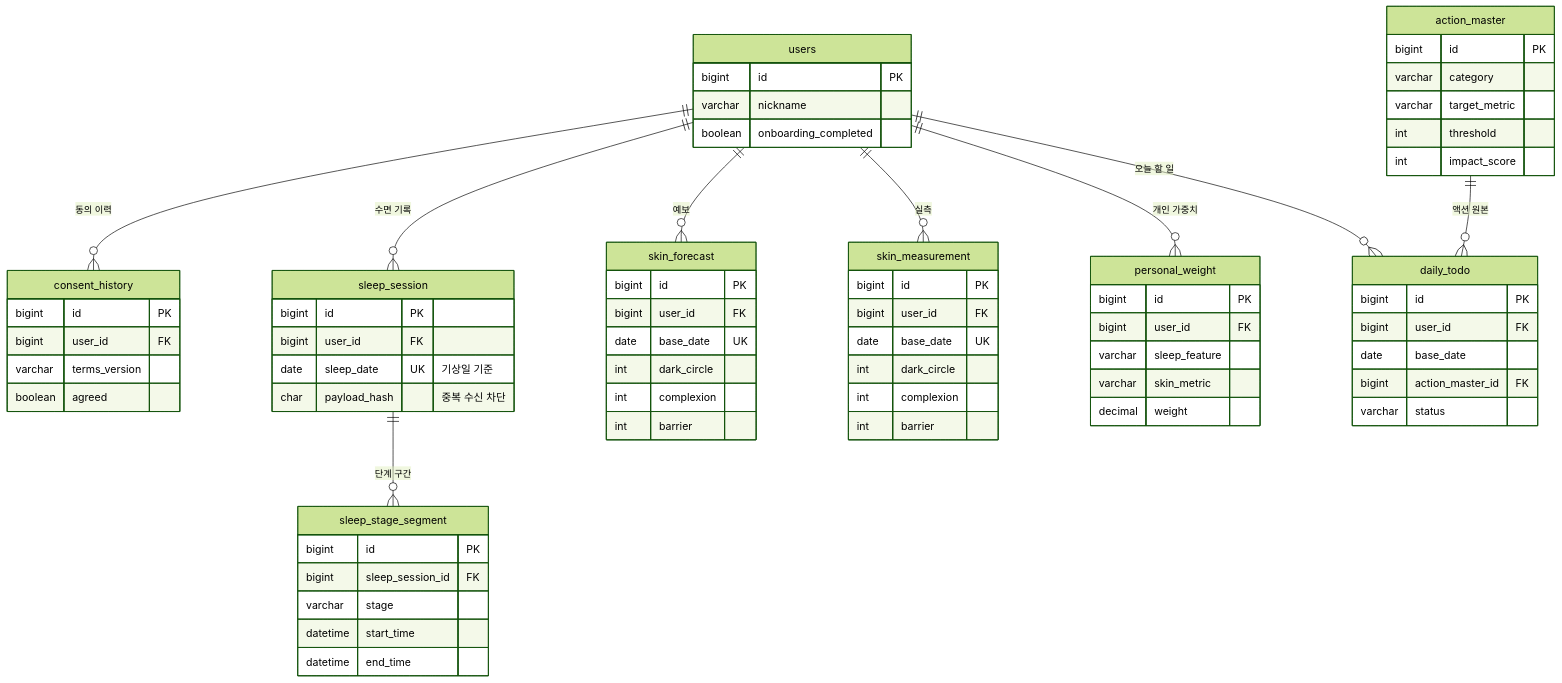
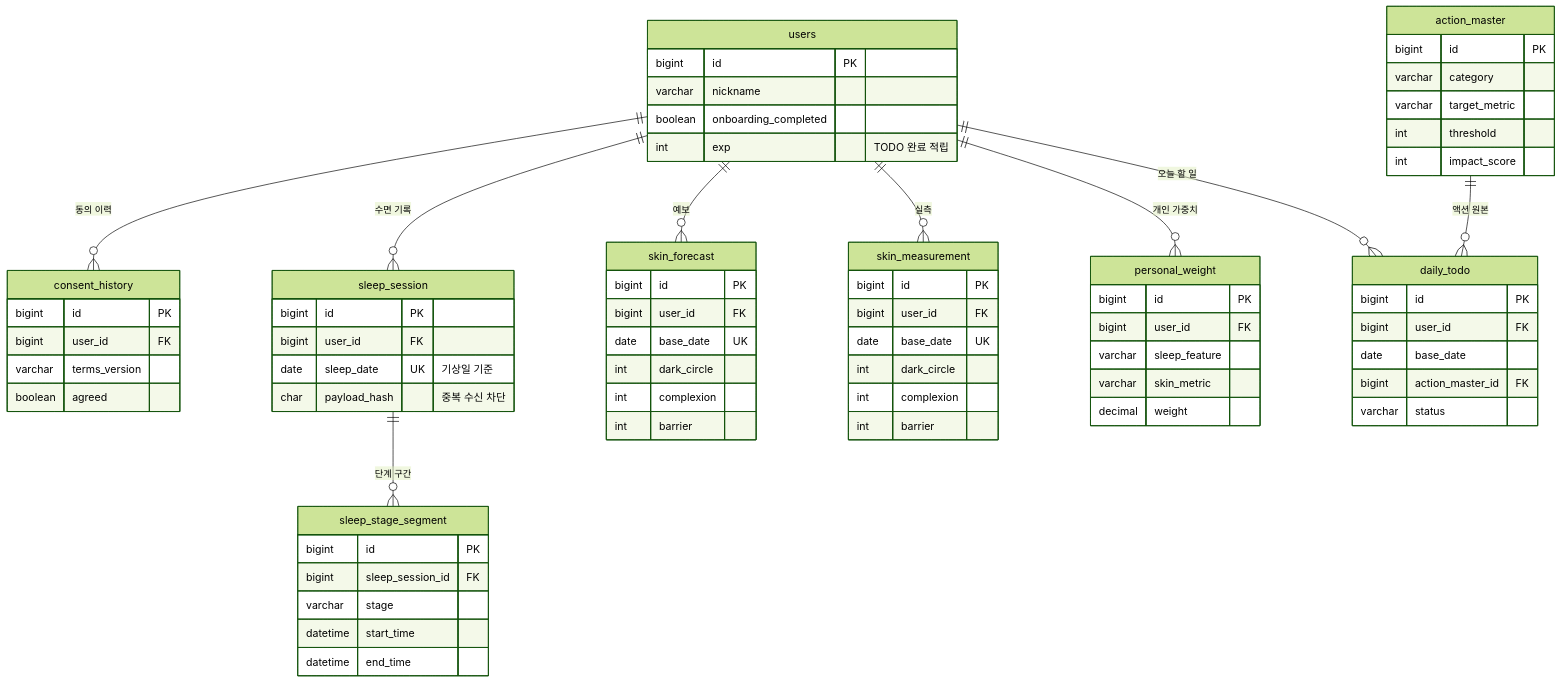
Before and after one commit to Sleep2Skin-project/Sleep2Skin_BE: the diagram in docs/erd.md, drawn with Mermaid (forest theme). The commit also changed other lines of this file and 6 other files, not shown here.

````diff
--- a/docs/erd.md
+++ b/docs/erd.md
@@ -14,73 +14,74 @@
 ```mermaid
 erDiagram
     users ||--o{ consent_history : "동의 이력"
     users ||--o{ sleep_session : "수면 기록"
     users ||--o{ skin_forecast : "예보"
     users ||--o{ skin_measurement : "실측"
     users ||--o{ personal_weight : "개인 가중치"
     users ||--o{ daily_todo : "오늘 할 일"
     sleep_session ||--o{ sleep_stage_segment : "단계 구간"
     action_master ||--o{ daily_todo : "액션 원본"
 
     users {
         bigint id PK
         varchar nickname
         boolean onboarding_completed
+        int exp "TODO 완료 적립"
     }
     consent_history {
         bigint id PK
         bigint user_id FK
         varchar terms_version
         boolean agreed
     }
     sleep_session {
         bigint id PK
         bigint user_id FK
         date sleep_date UK "기상일 기준"
         char payload_hash "중복 수신 차단"
     }
     sleep_stage_segment {
         bigint id PK
         bigint sleep_session_id FK
         varchar stage
         datetime start_time
         datetime end_time
     }
     skin_forecast {
         bigint id PK
         bigint user_id FK
         date base_date UK
         int dark_circle
         int complexion
         int barrier
     }
     skin_measurement {
         bigint id PK
         bigint user_id FK
         date base_date UK
         int dark_circle
         int complexion
         int barrier
     }
     personal_weight {
         bigint id PK
         bigint user_id FK
         varchar sleep_feature
         varchar skin_metric
         decimal weight
     }
     action_master {
         bigint id PK
         varchar category
         varchar target_metric
         int threshold
         int impact_score
     }
     daily_todo {
         bigint id PK
         bigint user_id FK
         date base_date
         bigint action_master_id FK
         varchar status
     }
 ```
````
